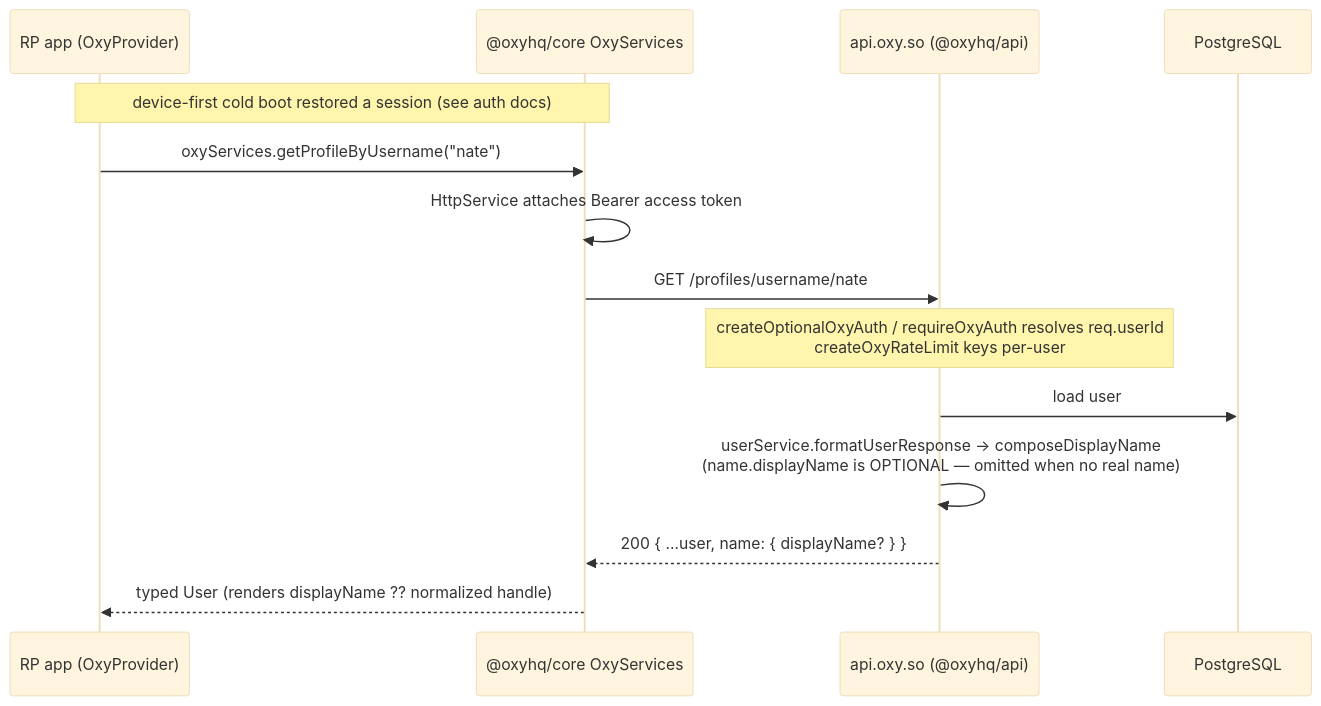
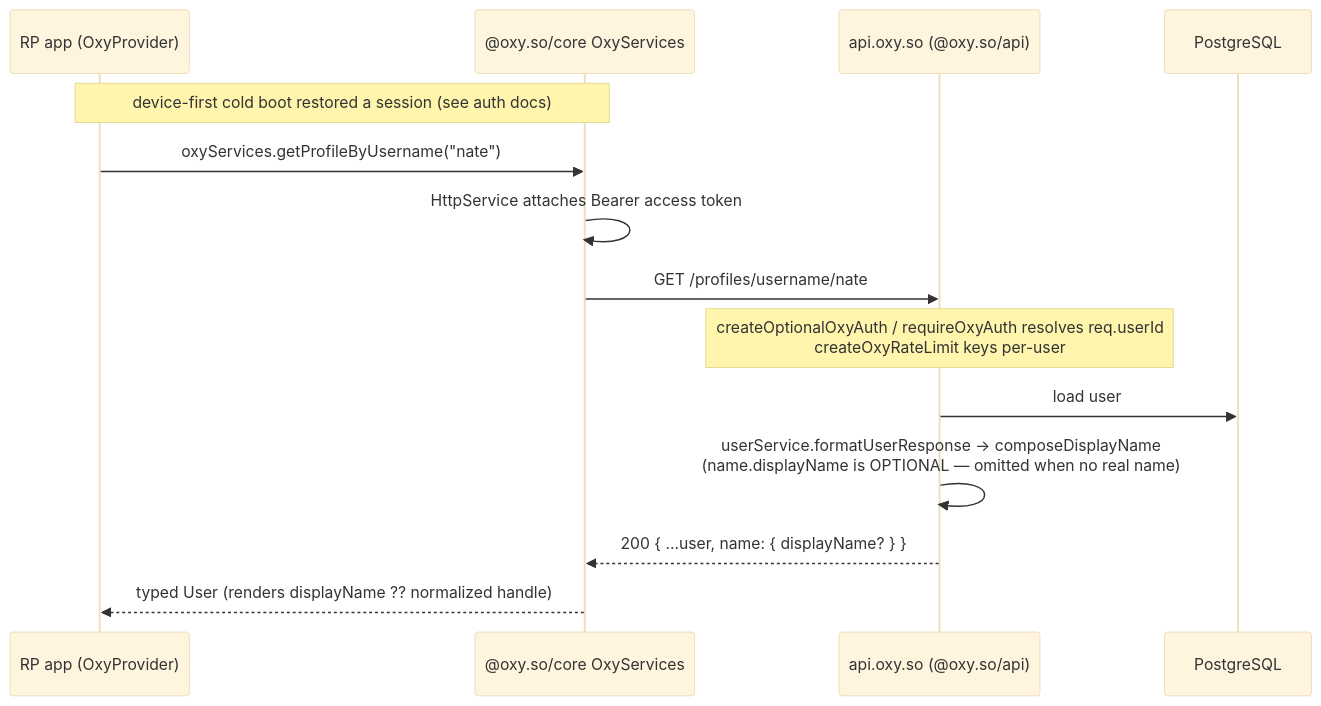
The second of 2 diagrams in docs/architecture/overview.md (OxyHQ/oxy), drawn with Mermaid (base theme) before and after one commit. The commit also changed other lines of this file and 1569 other files, not shown here.

````diff
--- a/docs/architecture/overview.md
+++ b/docs/architecture/overview.md
@@ -154,17 +154,17 @@
 ```mermaid
 sequenceDiagram
     participant App as RP app (OxyProvider)
-    participant SDK as @oxyhq/core OxyServices
-    participant API as api.oxy.so (@oxyhq/api)
+    participant SDK as @oxy.so/core OxyServices
+    participant API as api.oxy.so (@oxy.so/api)
     participant DB as PostgreSQL
 
     Note over App,SDK: device-first cold boot restored a session (see auth docs)
     App->>SDK: oxyServices.getProfileByUsername("nate")
     SDK->>SDK: HttpService attaches Bearer access token
     SDK->>API: GET /profiles/username/nate
     Note over API: createOptionalOxyAuth / requireOxyAuth resolves req.userId<br/>createOxyRateLimit keys per-user
     API->>DB: load user
     API->>API: userService.formatUserResponse → composeDisplayName<br/>(name.displayName is OPTIONAL — omitted when no real name)
     API-->>SDK: 200 { ...user, name: { displayName? } }
     SDK-->>App: typed User (renders displayName ?? normalized handle)
 ```
````
